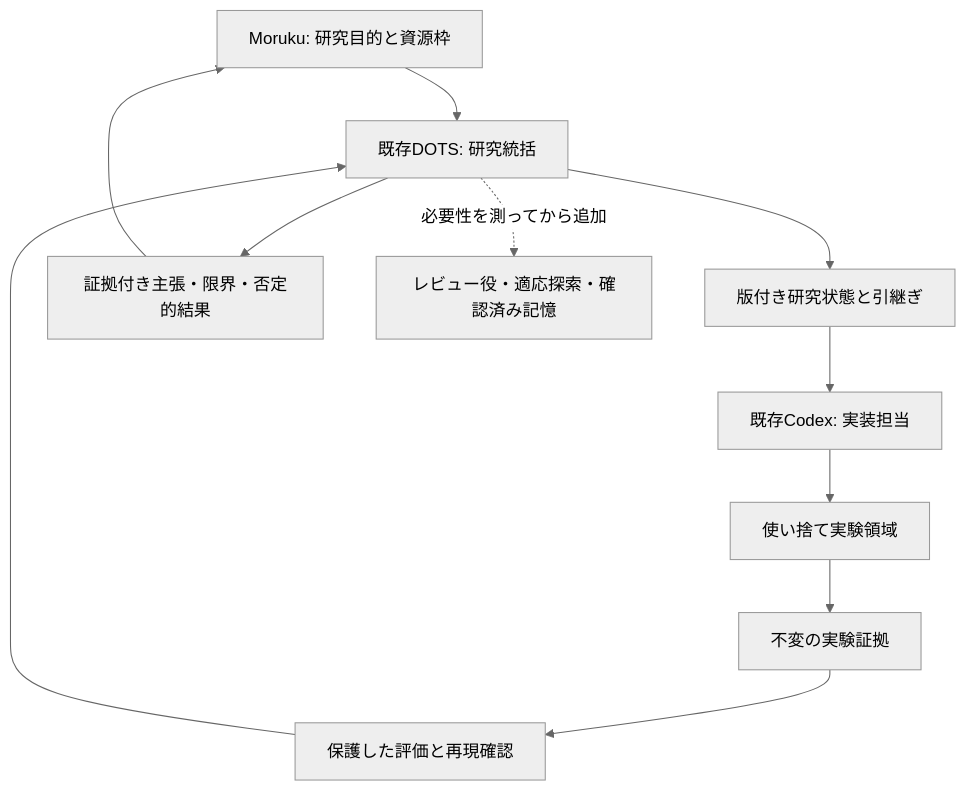
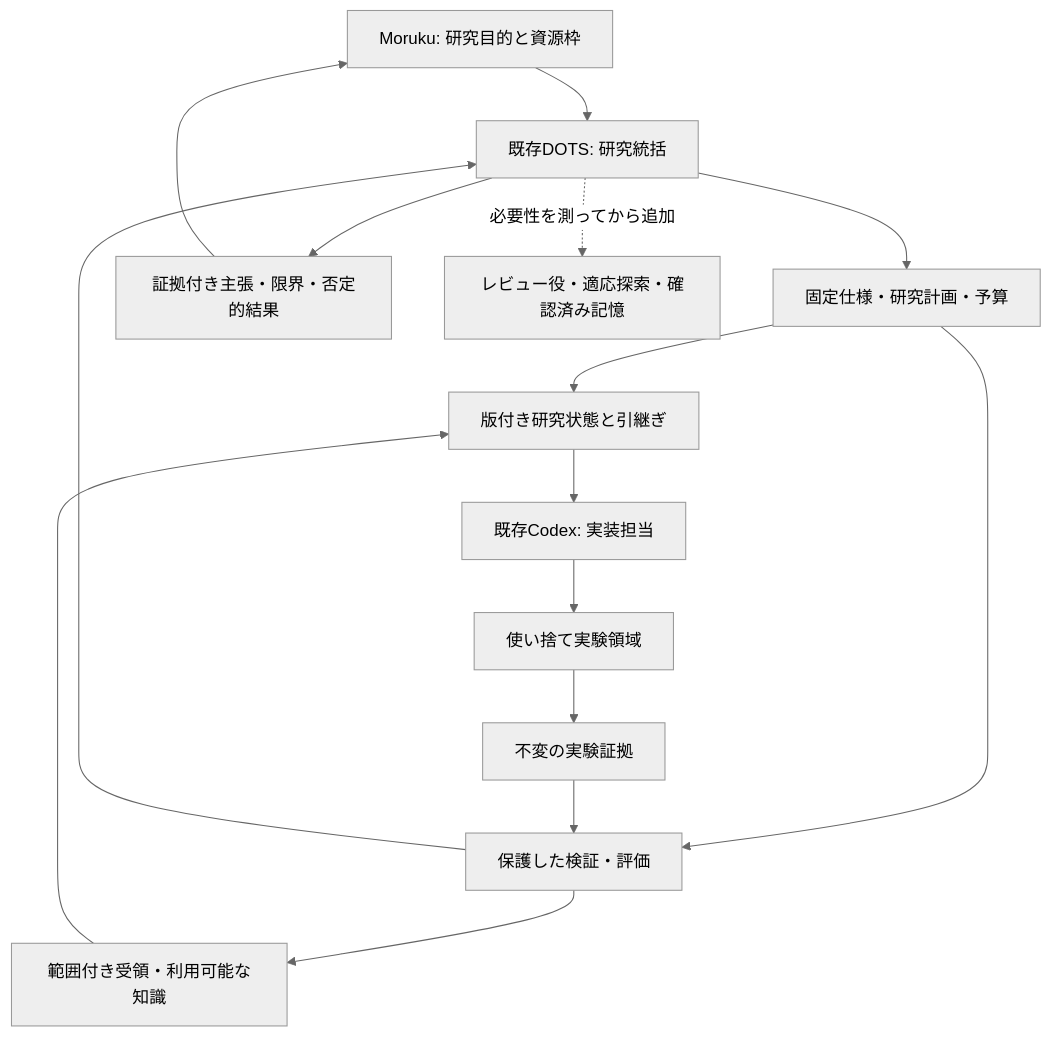
Before and after one commit to moruku36/ai-agent-scientist: the diagram in README.ja.md, drawn with Mermaid (neutral theme). The commit also changed other lines of this file and 41 other files, not shown here.

````diff
--- a/README.ja.md
+++ b/README.ja.md
@@ -23,13 +23,17 @@
 ```mermaid
 flowchart TB
     H["Moruku: 研究目的と資源枠"] --> D["既存DOTS: 研究統括"]
-    D --> K["版付き研究状態と引継ぎ"]
+    D --> P["固定仕様・研究計画・予算"]
+    P --> K["版付き研究状態と引継ぎ"]
     K --> C["既存Codex: 実装担当"]
     C --> X["使い捨て実験領域"]
     X --> E["不変の実験証拠"]
-    E --> V["保護した評価と再現確認"]
+    P --> V["保護した検証・評価"]
+    E --> V
+    V --> Q["範囲付き受領・利用可能な知識"]
+    Q --> K
     V --> D
     D --> R["証拠付き主張・限界・否定的結果"]
     R --> H
     D -. "必要性を測ってから追加" .-> S["レビュー役・適応探索・確認済み記憶"]
 ```
````
